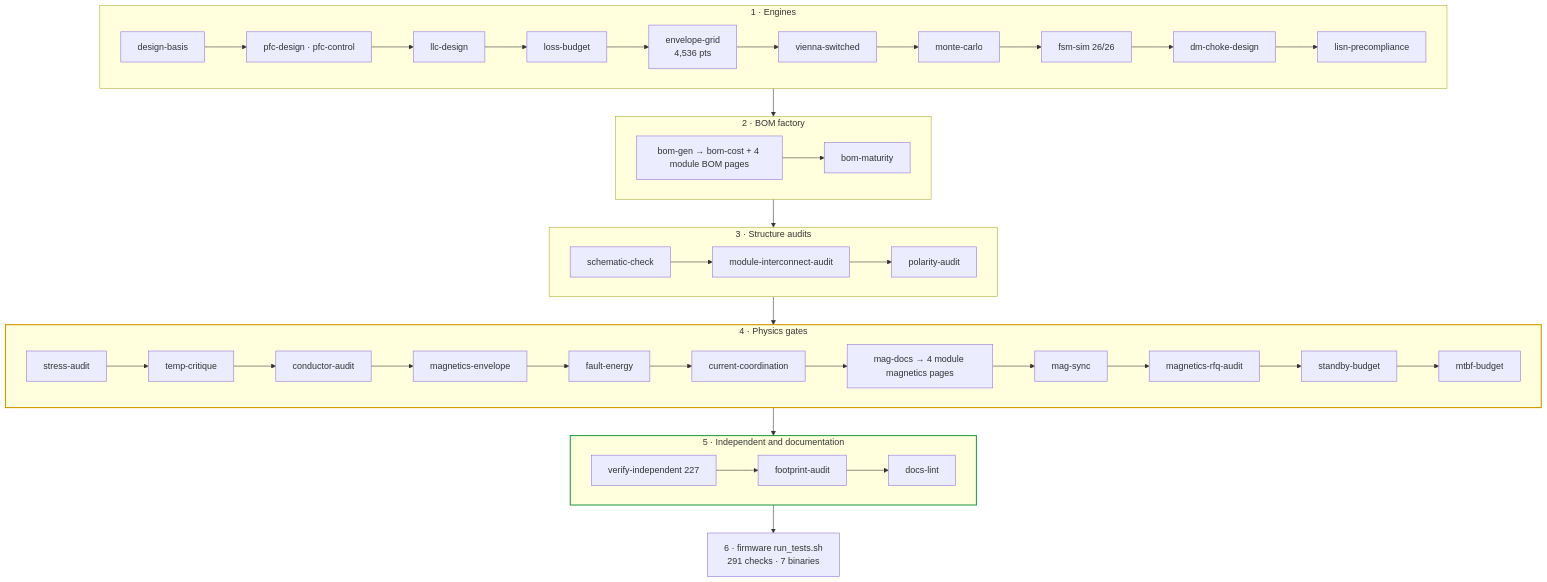
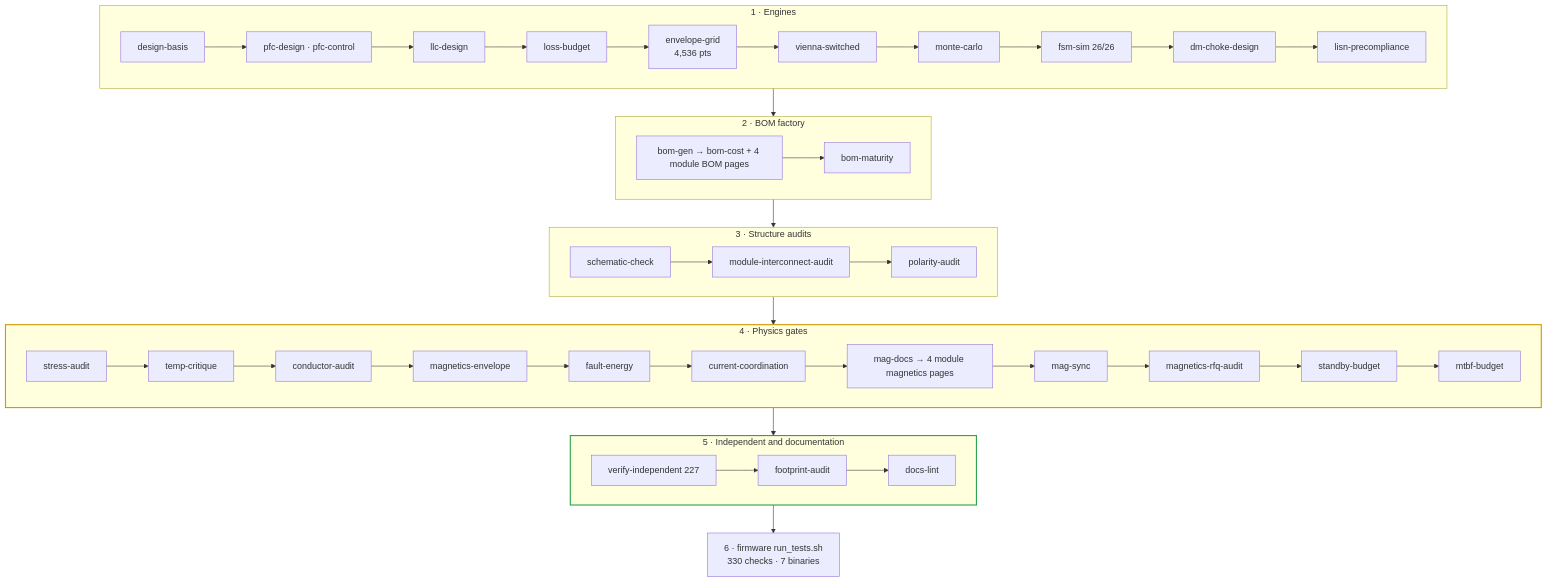
The first of 2 diagrams in calculations/README.md (vectivolt/DC-Modules), drawn with Mermaid before and after one commit. The commit also changed other lines of this file and 338 other files, not shown here.

````diff
--- a/calculations/README.md
+++ b/calculations/README.md
@@ -37,29 +37,29 @@
 ```mermaid
 flowchart TB
   subgraph ENG["1 · Engines"]
     direction LR
     DB["design-basis"] --> PFC["pfc-design · pfc-control"] --> LLC["llc-design"] --> LOSS["loss-budget"]
     LOSS --> GRID["envelope-grid<br/>4,536 pts"] --> VS["vienna-switched"] --> MC["monte-carlo"] --> FSM["fsm-sim 26/26"]
     FSM --> DM["dm-choke-design"] --> LISN["lisn-precompliance"]
   end
   subgraph BOM["2 · BOM factory"]
     direction LR
     BG["bom-gen → bom-cost + 4 module BOM pages"] --> BM["bom-maturity"]
   end
   subgraph STR["3 · Structure audits"]
     direction LR
     SC["schematic-check"] --> MIA["module-interconnect-audit"] --> PA["polarity-audit"]
   end
   subgraph PHY["4 · Physics gates"]
     direction LR
     SA["stress-audit"] --> TC["temp-critique"] --> CA["conductor-audit"] --> ME["magnetics-envelope"] --> FE["fault-energy"] --> CC["current-coordination"] --> MD["mag-docs → 4 module magnetics pages"] --> MS["mag-sync"] --> RFQ["magnetics-rfq-audit"] --> SBY["standby-budget"] --> MTB["mtbf-budget"]
   end
   subgraph IND["5 · Independent and documentation"]
     direction LR
     VI["verify-independent 227"] --> FA["footprint-audit"] --> DL["docs-lint"]
   end
-  FW["6 · firmware run_tests.sh<br/>291 checks · 7 binaries"]
+  FW["6 · firmware run_tests.sh<br/>330 checks · 7 binaries"]
   ENG --> BOM --> STR --> PHY --> IND --> FW
   style PHY stroke:#d19a00,stroke-width:2px
   style IND stroke:#2ea44f,stroke-width:2px
 ```
````
